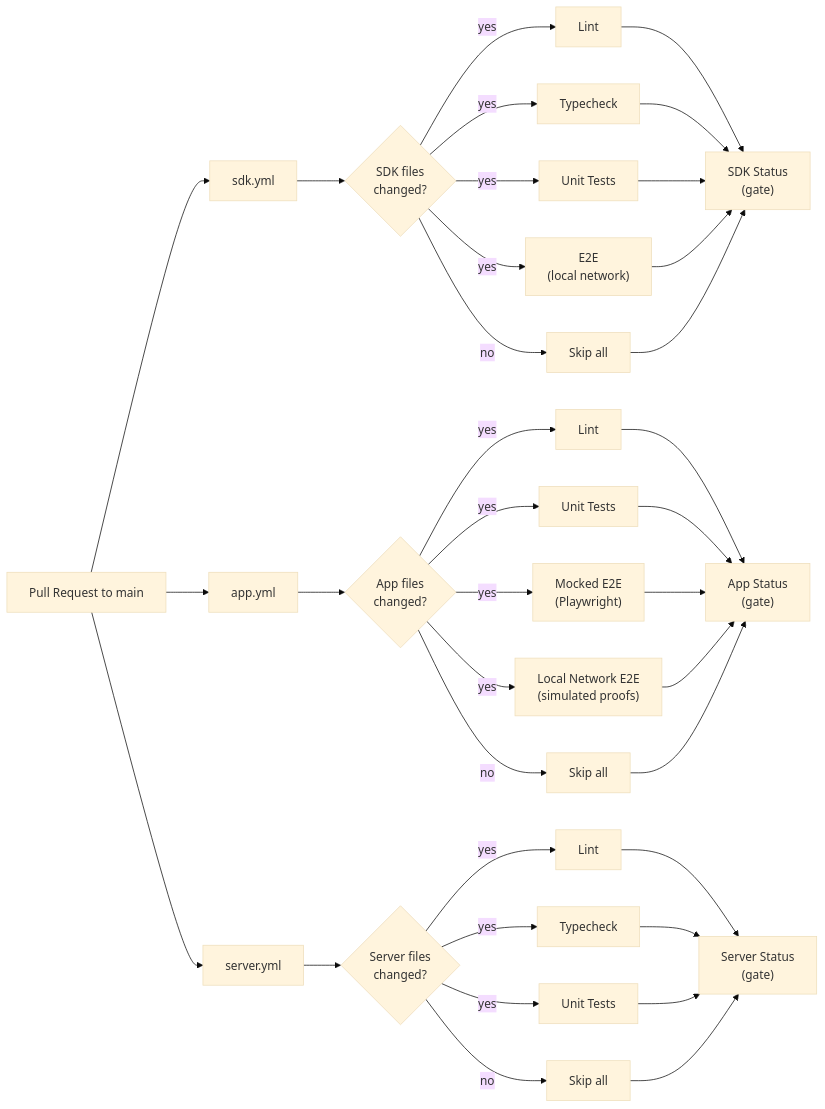
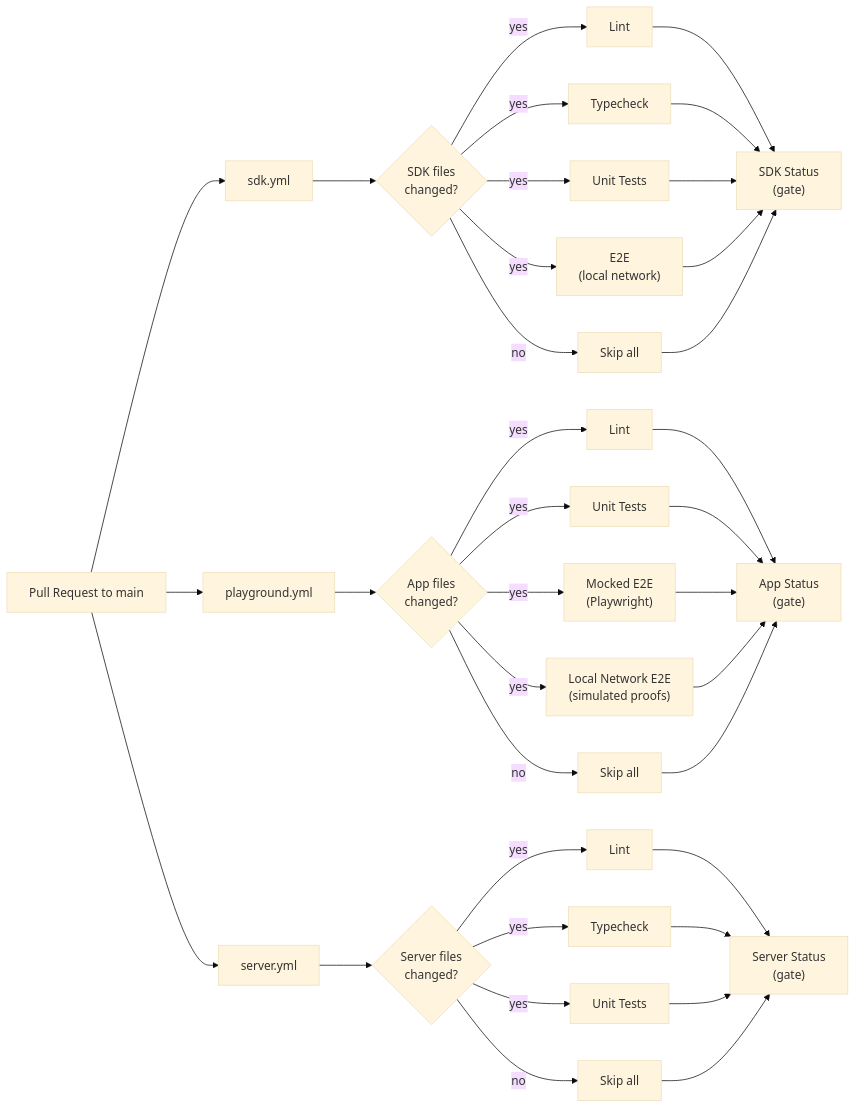
The first of 5 diagrams in docs/ci-pipeline.md (alejoamiras/tee-rex), drawn with Mermaid (base theme) before and after one commit. The commit also changed other lines of this file and 46 other files, not shown here.

First line of the commit message:
refactor: rename packages/app to packages/playground (#236)

````diff
--- a/docs/ci-pipeline.md
+++ b/docs/ci-pipeline.md
@@ -24,30 +24,30 @@
 ```mermaid
 graph LR
     PR["Pull Request to main"] --> sdk["sdk.yml"]
-    PR --> app["app.yml"]
+    PR --> app["playground.yml"]
     PR --> server["server.yml"]
 
     sdk --> sdk_changes{"SDK files\nchanged?"}
     sdk_changes -->|yes| sdk_lint["Lint"]
     sdk_changes -->|yes| sdk_tc["Typecheck"]
     sdk_changes -->|yes| sdk_unit["Unit Tests"]
     sdk_changes -->|yes| sdk_e2e["E2E\n(local network)"]
     sdk_changes -->|no| sdk_skip["Skip all"]
     sdk_lint & sdk_tc & sdk_unit & sdk_e2e & sdk_skip --> sdk_gate["SDK Status\n(gate)"]
 
     app --> app_changes{"App files\nchanged?"}
     app_changes -->|yes| app_lint["Lint"]
     app_changes -->|yes| app_unit["Unit Tests"]
     app_changes -->|yes| app_mocked["Mocked E2E\n(Playwright)"]
     app_changes -->|yes| app_local["Local Network E2E\n(simulated proofs)"]
     app_changes -->|no| app_skip["Skip all"]
     app_lint & app_unit & app_mocked & app_local & app_skip --> app_gate["App Status\n(gate)"]
 
     server --> srv_changes{"Server files\nchanged?"}
     srv_changes -->|yes| srv_lint["Lint"]
     srv_changes -->|yes| srv_tc["Typecheck"]
     srv_changes -->|yes| srv_unit["Unit Tests"]
     srv_changes -->|no| srv_skip["Skip all"]
     srv_lint & srv_tc & srv_unit & srv_skip --> srv_gate["Server Status\n(gate)"]
 
 ```
````
